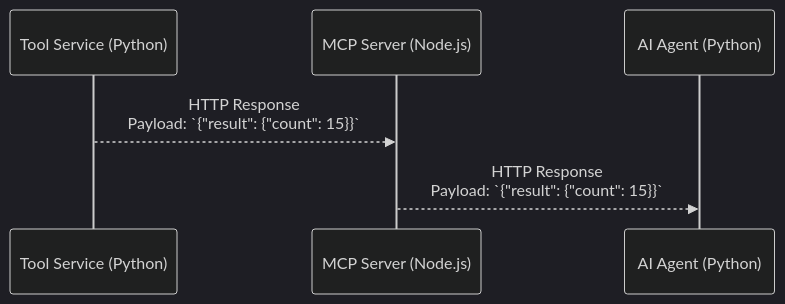
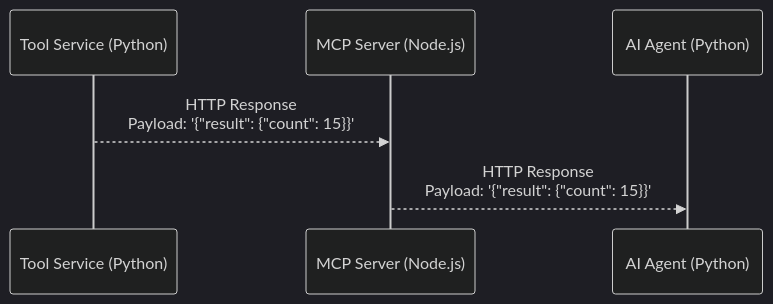
The eighth of 9 diagrams in agentic_device_fleet/FLOW_FRAGMENTS.md (belablotski/heap_arch), drawn with Mermaid (dark theme) before and after one commit. The commit also changed other lines of this file and 1 other file, not shown here.

````diff
--- a/agentic_device_fleet/FLOW_FRAGMENTS.md
+++ b/agentic_device_fleet/FLOW_FRAGMENTS.md
@@ -160,9 +160,9 @@
 ```mermaid
 sequenceDiagram
     participant Tool as Tool Service (Python)
     participant MCP as MCP Server (Node.js)
     participant Agent as AI Agent (Python)
 
-    Tool-->>MCP: HTTP Response<br>Payload: `{"result": {"count": 15}}`
-    MCP-->>Agent: HTTP Response<br>Payload: `{"result": {"count": 15}}`
+    Tool-->>MCP: HTTP Response<br>Payload: '{"result": {"count": 15}}'
+    MCP-->>Agent: HTTP Response<br>Payload: '{"result": {"count": 15}}'
 ```
````
